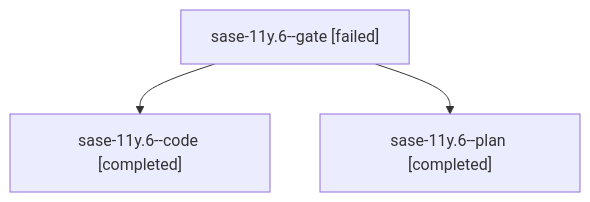
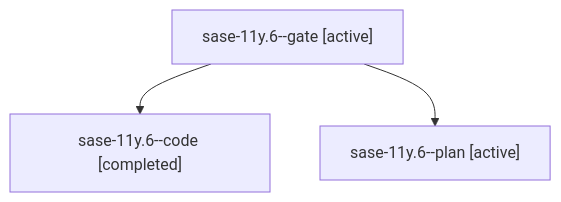
The diagram in families/bbugyi200.athena.sase-11y.6.md (sase-org/sase--agents), drawn with Mermaid before and after one commit. The commit also changed other lines of this file and 35830 other files, not shown here.

````diff
--- a/families/bbugyi200.athena.sase-11y.6.md
+++ b/families/bbugyi200.athena.sase-11y.6.md
@@ -9,8 +9,8 @@
 ```mermaid
 flowchart TD
-  n0["sase-11y.6--gate [failed]"]
+  n0["sase-11y.6--gate [active]"]
   n1["sase-11y.6--code [completed]"]
   n0 --> n1
-  n2["sase-11y.6--plan [completed]"]
+  n2["sase-11y.6--plan [active]"]
   n0 --> n2
 ```
````
